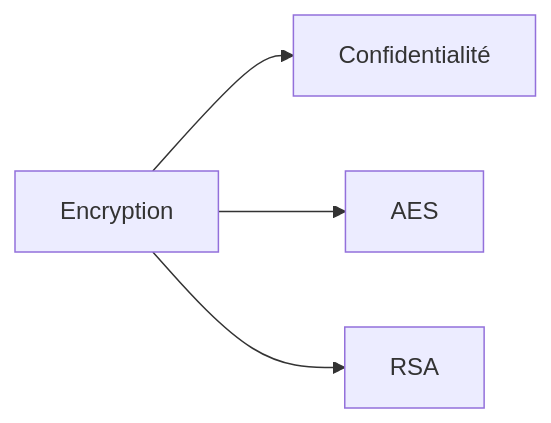
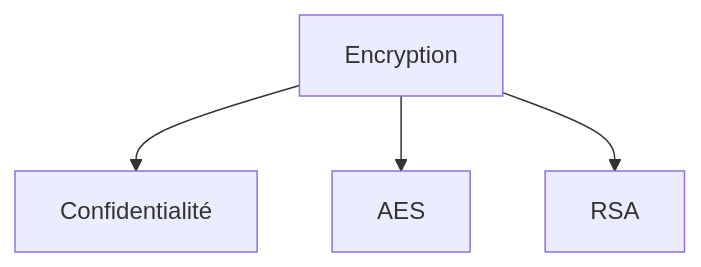
One commit to zyrass/omnydocs changed diagram 14 of 42 in docs/glossaire/cybersecurite.md. Above: the diagram before and after it, drawn with Mermaid. The commit also changed other lines of this file and 1780 other files, not shown here.

````diff
--- a/docs/glossaire/cybersecurite.md
+++ b/docs/glossaire/cybersecurite.md
@@ -290,6 +348,6 @@
-    ```mermaid
-    graph LR
-        A[Encryption] --> B[Confidentialité]
-        A --> C[AES]
-        A --> D[RSA]
-    ```
+```mermaid
+graph TB
+    A[Encryption] --> B[Confidentialité]
+    A --> C[AES]
+    A --> D[RSA]
+```
````
